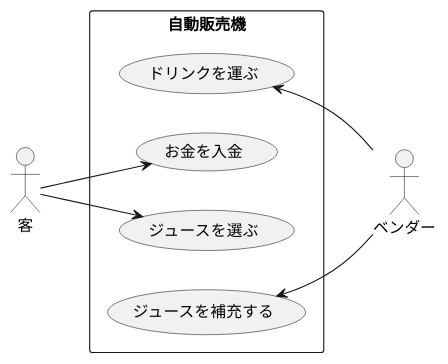
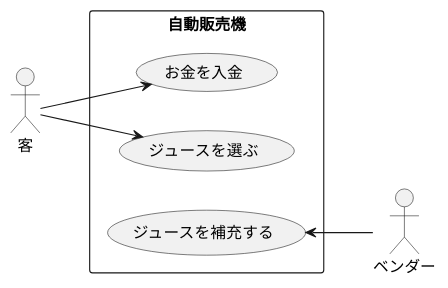
Before and after one commit to Mxvieee/uml-introduction: the diagram in 演習6-4-2_ユースケース図_自動販売機.pu, drawn with PlantUML.

Commit message:
自動販売機2

```diff
--- a/演習6-4-2_ユースケース図_自動販売機.pu
+++ b/演習6-4-2_ユースケース図_自動販売機.pu
@@ -1,16 +1,14 @@
 @startuml 自動販売機システム
 left to right direction
 actor 客
 actor ベンダー
 rectangle 自動販売機{
-    usecase ドリンクを運ぶ
     usecase お金を入金
     usecase ジュースを選ぶ
     usecase ジュースを補充する
 }
 ジュースを補充する <-- ベンダー
-ドリンクを運ぶ <-- ベンダー
 客 --> お金を入金
 客 --> ジュースを選ぶ
 
 @enduml
```
